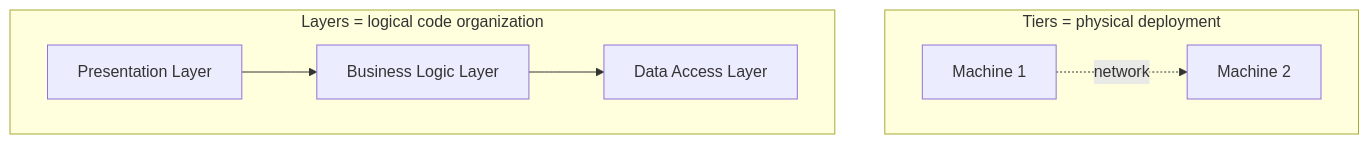
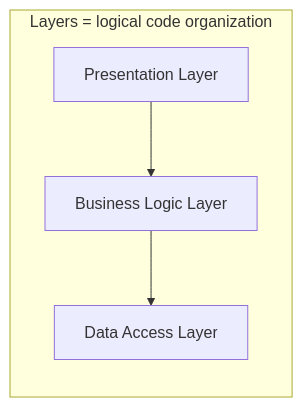
Before and after one commit to mua22/mern-web-book: the second of 7 diagrams in docs/web-technologies/lecture-02-tiered-web-architecture.md, drawn with Mermaid. The commit also changed other lines of this file, not shown here.

Commit message:
Fix Lecture 2: stack tiers/layers diagrams vertically instead of side by side
Split the single flowchart with two disconnected subgraphs (which Mermaid's
layout engine placed side by side, since there was no edge linking them)
into two separate mermaid diagrams so they always stack vertically.

````diff
--- a/docs/web-technologies/lecture-02-tiered-web-architecture.md
+++ b/docs/web-technologies/lecture-02-tiered-web-architecture.md
@@ -53,9 +60,6 @@
 ```mermaid
-flowchart TB
-    subgraph "Tiers = physical deployment"
-        T1[Machine 1] -.network.-> T2[Machine 2]
-    end
+flowchart LR
     subgraph "Layers = logical code organization"
         L1[Presentation Layer] --> L2[Business Logic Layer] --> L3[Data Access Layer]
     end
 ```
````
